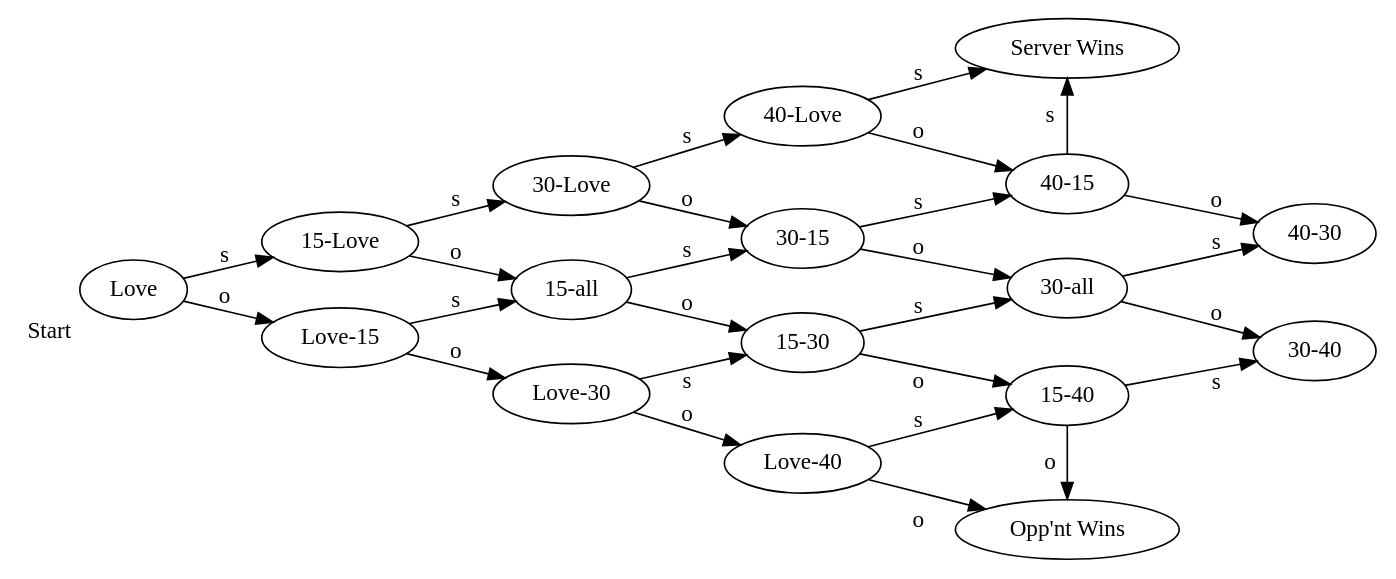
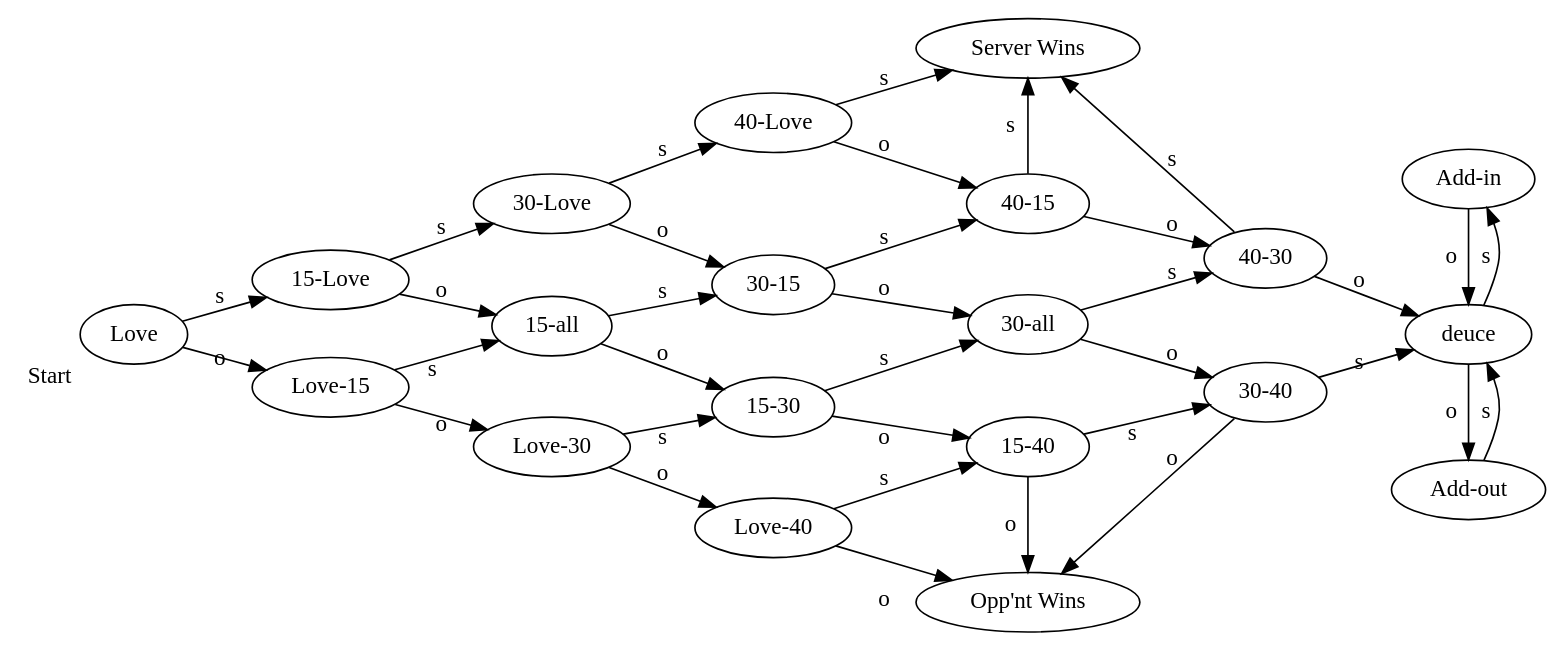
Before and after one commit to LeeiFrankJaw/leeifrankjaw.github.io: the diagram in notes/automata.org, drawn with Graphviz. The commit also changed other lines of this file and 2 other files, not shown here.

Commit message:
update automata.org with tennis.png and experimenting with tikz/pgf

```diff
--- a/notes/automata.org
+++ b/notes/automata.org
@@ -80,39 +84,59 @@
 #+BEGIN_SRC dot :file tennis.png
 digraph {
   rankdir=LR;
   splines=false;
-  nodesep=0.3;
+  nodesep=0.4;
+  ranksep=0.4;
   Love[xlabel=Start];
   Love -> "15-Love" [label=s];
   Love -> "Love-15" [label=o];
   "15-Love" -> "30-Love" [label=s];
   "15-Love" -> "15-all" [label=o];
-  "Love-15" -> "15-all" [label=s];
+  "Love-15" -> "15-all" [xlabel=s];
   "Love-15" -> "Love-30" [label=o];
   "30-Love" -> "40-Love" [label=s];
   "30-Love" -> "30-15" [label=o];
   "15-all" -> "30-15" [label=s];
   "15-all" -> "15-30" [label=o];
   "Love-30" -> "15-30" [label=s];
   "Love-30" -> "Love-40" [label=o];
   "40-Love" -> "Server Wins" [label=s];
   "40-Love" -> "40-15" [label=o];
   "30-15" -> "40-15" [label=s];
   "30-15" -> "30-all" [label=o];
   "15-30" -> "30-all" [label=s];
   "15-30" -> "15-40" [label=o];
   "Love-40" -> "15-40" [label=s];
   "Love-40" -> "Opp'nt Wins" [label=o];
-  
+
   "40-15" -> "40-30" [label=o];
   "30-all" -> "40-30" [label=s];
   "30-all" -> "30-40" [label=o];
-  "15-40" -> "30-40" [label=s];
-  
-  { 
-    rank = same; 
+  "15-40" -> "30-40" [xlabel=s];
+
+  {
+    rank = same;
     "Server Wins" -> "40-15" [label=s, dir=back];
     "15-40" -> "Opp'nt Wins" [label=o];
   }
+
+  "40-30" -> "Server Wins" [label=s];
+  "40-30" -> deuce [label=o];
+  "30-40" -> deuce [label=s];
+  "30-40" -> "Opp'nt Wins" [label=o];
+  {
+    rank = same;
+//    "Add-in" -> "40-30" [style=invis, dir=back];
+//    "30-40" -> "Add-out" [style=invis];
+    "Add-in" -> deuce [label=s, dir=back];
+    deuce -> "Add-out" [label=o];
+//    "Add-in" -> "Server Wins" [label=s, constraint=false];
+    "Add-in" -> deuce [label=o];
+    "Add-out" -> deuce [label=s];
+//    "Add-out" -> "Opp'nt Wins" [label=o];
+  }
+//  {
+//    splines=true;
+//  }
 }
 #+END_SRC
```
